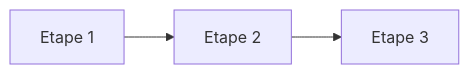
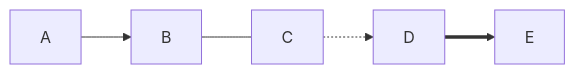
The sixth of 38 diagrams in cours/Mermaid pour Obsidian.md (michaellaunay/NotesPubliques), drawn with Mermaid before and after one commit. The commit also changed other lines of this file, not shown here.

````diff
--- a/cours/Mermaid pour Obsidian.md
+++ b/cours/Mermaid pour Obsidian.md
@@ -93,5 +365,7 @@
 ```mermaid
-graph LR
-    A[Etape 1] --> B[Etape 2]
-    B --> C[Etape 3]
+flowchart LR
+    A --> B
+    B --- C
+    C -.-> D
+    D ==> E
 ```
````
